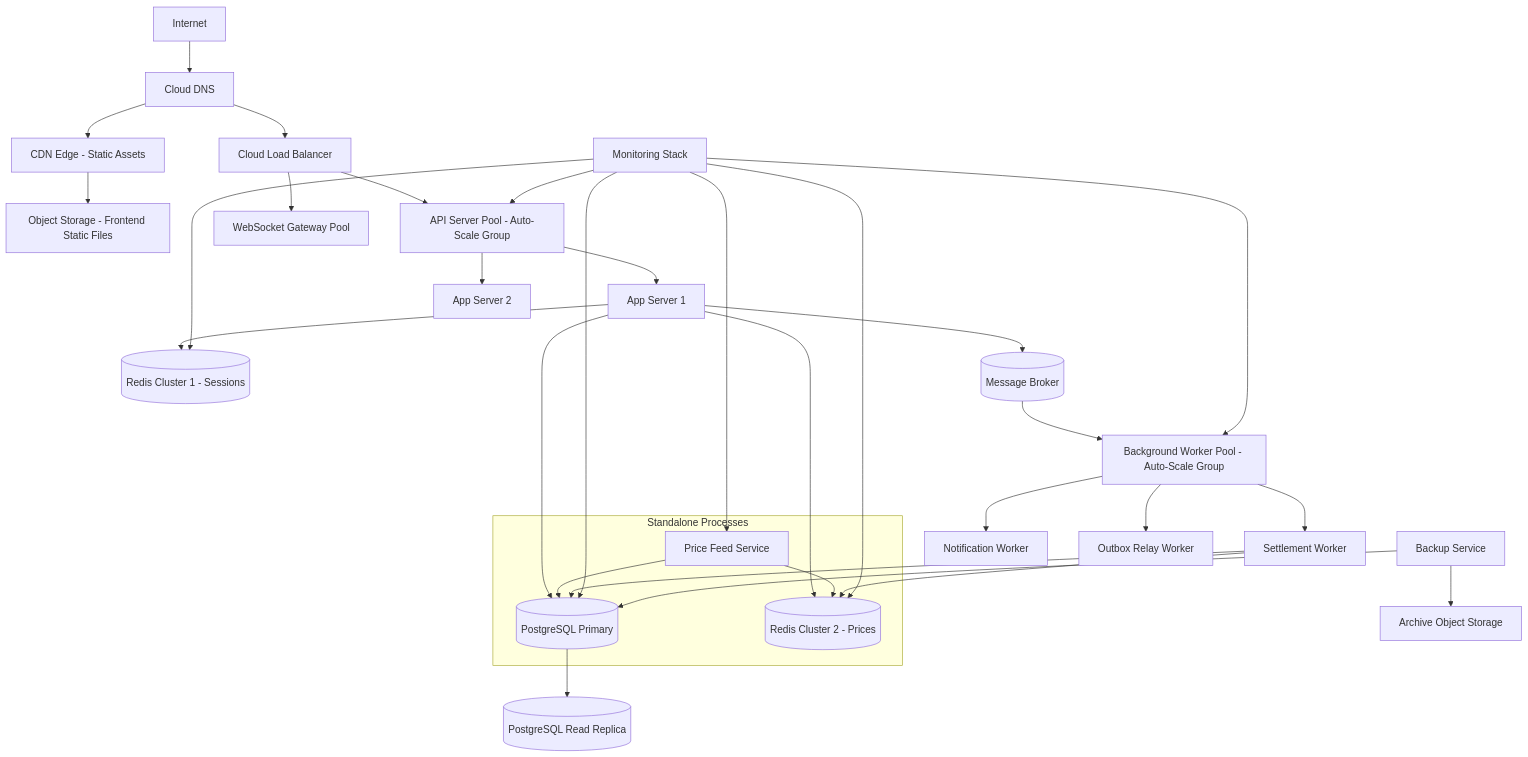
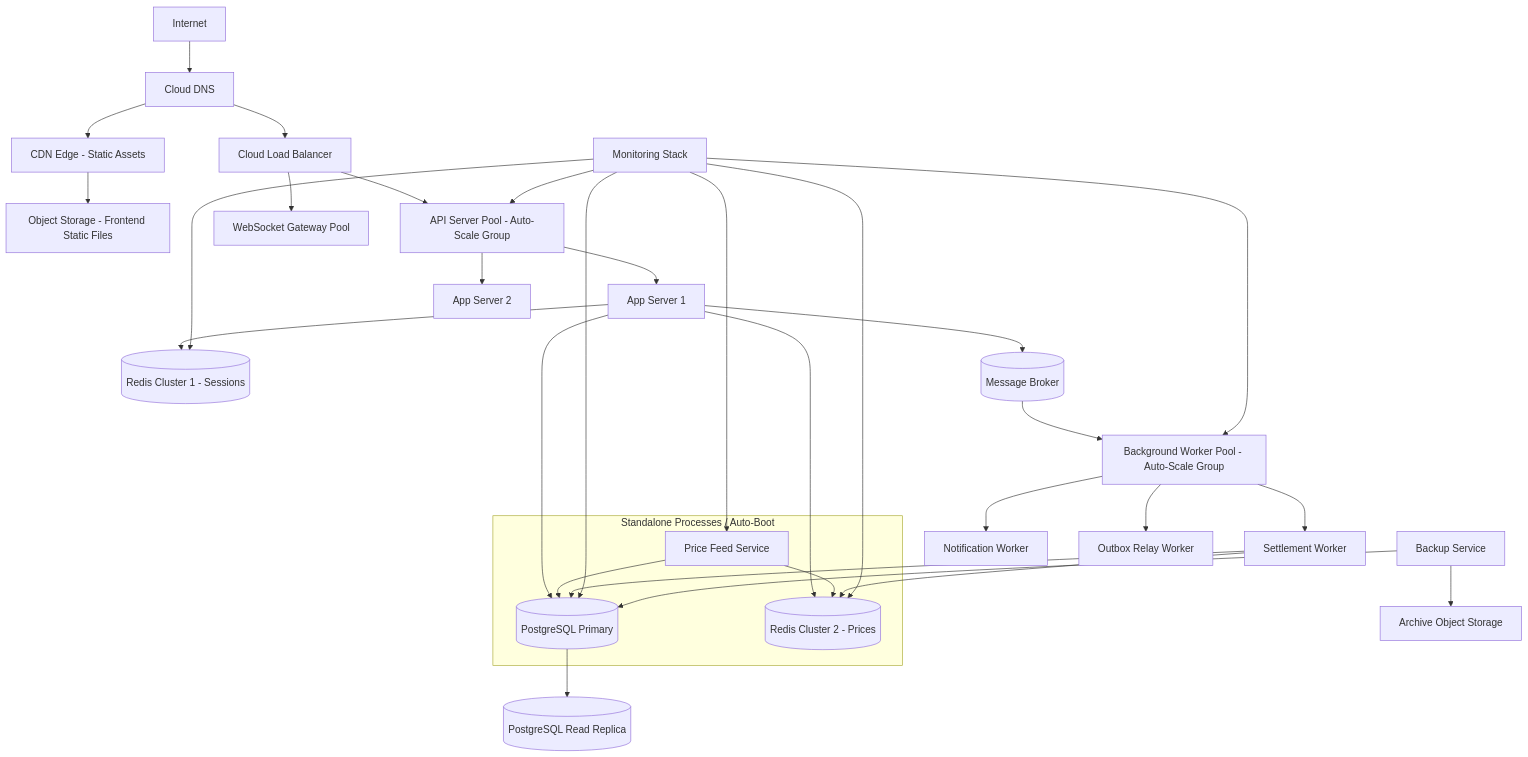
The tenth of 10 diagrams in docs/04_SOFTWARE_ARCHITECTURE.md (justabacha/SkiesPro), drawn with Mermaid before and after one commit. The commit also changed other lines of this file and 153 other files, not shown here.

````diff
--- a/docs/04_SOFTWARE_ARCHITECTURE.md
+++ b/docs/04_SOFTWARE_ARCHITECTURE.md
@@ -742,44 +743,44 @@
 ```mermaid
 graph TD
     Internet[Internet] --> CloudDNS[Cloud DNS]
     CloudDNS --> CDNCDN[CDN Edge - Static Assets]
     CloudDNS --> LB[Cloud Load Balancer]
 
     CDNCDN --> StaticBucket[Object Storage - Frontend Static Files]
 
     LB --> APIPool[API Server Pool - Auto-Scale Group]
     LB --> WSPool[WebSocket Gateway Pool]
 
     APIPool --> AppServer1[App Server 1]
     APIPool --> AppServer2[App Server 2]
 
     AppServer1 --> PrimaryDB[(PostgreSQL Primary)]
     AppServer1 --> RedisSession[(Redis Cluster 1 - Sessions)]
     AppServer1 --> RedisPrice[(Redis Cluster 2 - Prices)]
     AppServer1 --> Broker[(Message Broker)]
 
     PrimaryDB --> ReplicaDB[(PostgreSQL Read Replica)]
 
     Broker --> WorkerPool[Background Worker Pool - Auto-Scale Group]
     WorkerPool --> Worker1[Settlement Worker]
     WorkerPool --> Worker2[Notification Worker]
     WorkerPool --> Worker3[Outbox Relay Worker]
 
-    subgraph Standalone Processes
+    subgraph Standalone Processes / Auto-Boot
         PriceFeedService[Price Feed Service] --> PrimaryDB
         PriceFeedService --> RedisPrice
     end
 
     Worker1 --> PrimaryDB
     Worker1 --> RedisPrice
 
     MonitoringStack[Monitoring Stack] --> APIPool
     MonitoringStack --> WorkerPool
     MonitoringStack --> PrimaryDB
     MonitoringStack --> RedisSession
     MonitoringStack --> RedisPrice
     MonitoringStack --> PriceFeedService
 
     Backup[Backup Service] --> PrimaryDB
     Backup --> ObjectStorage[Archive Object Storage]
 ```
````
